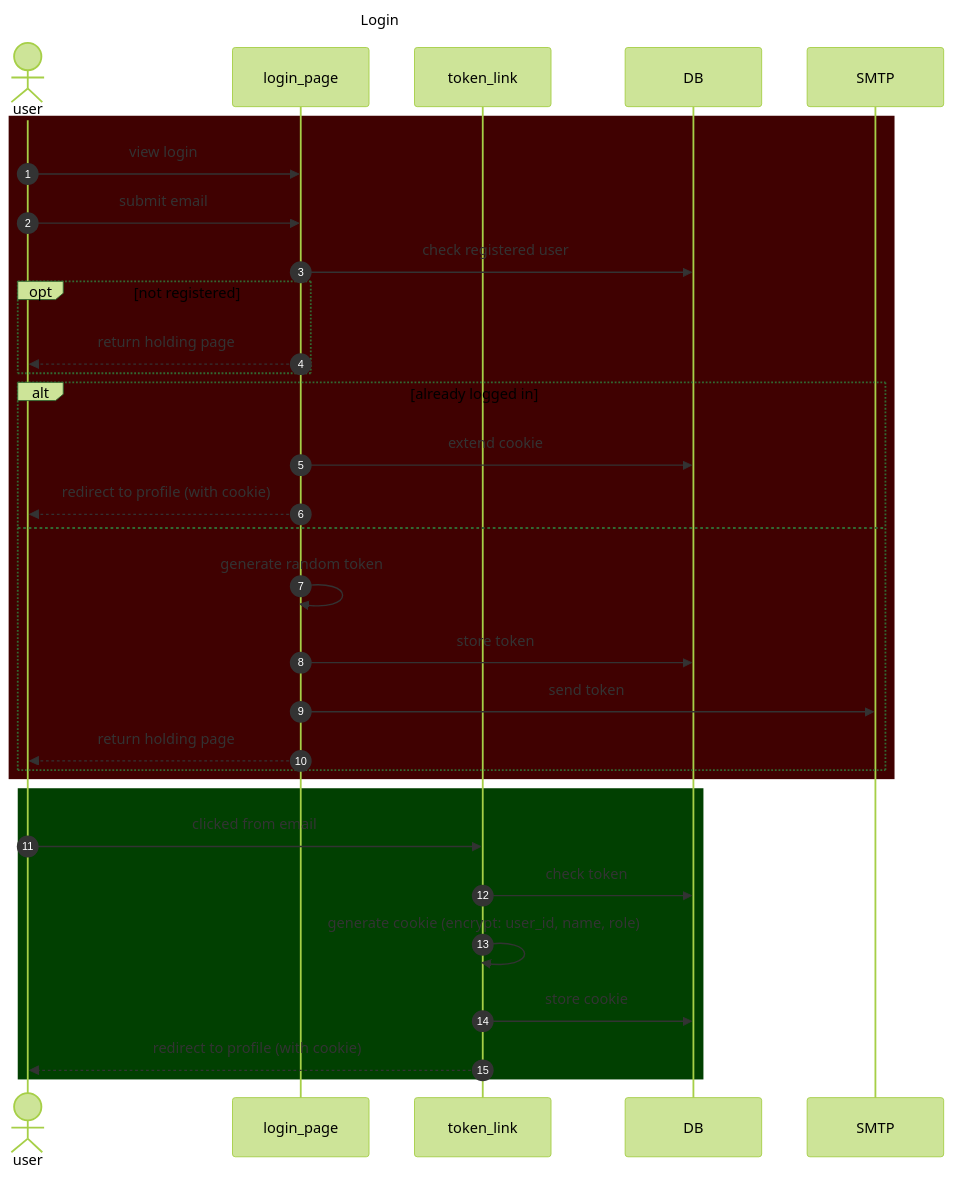
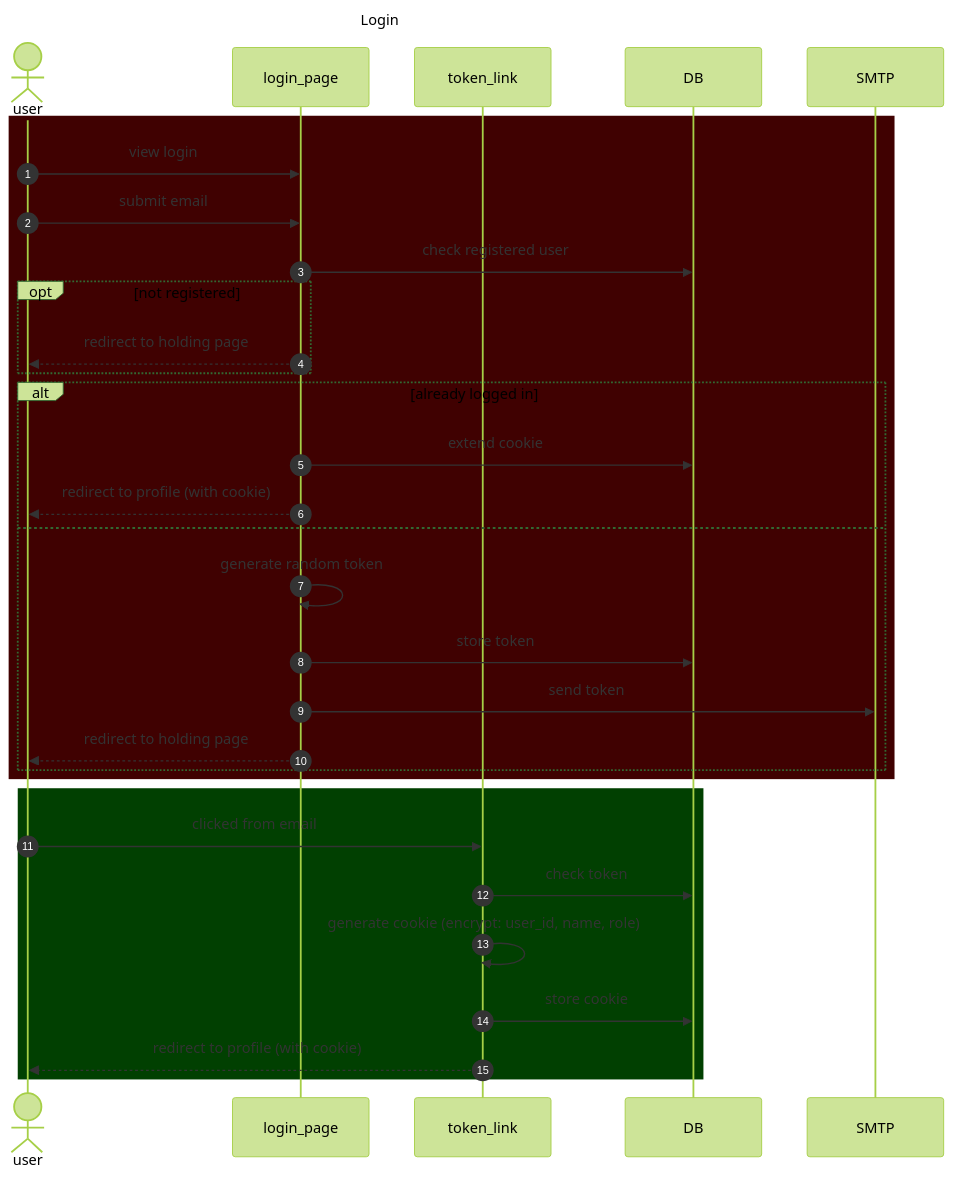
One commit to NearlyUnique/rotavator changed the diagram in docs/logon_page.md. Above: the diagram before and after it, drawn with Mermaid (forest theme). The commit also changed 20 other files, not shown here.

Commit message:
login flow WIP

````diff
--- a/docs/logon_page.md
+++ b/docs/logon_page.md
@@ -26,36 +26,36 @@
 ```mermaid
 ---
 title: Login
 ---
 sequenceDiagram
     actor user
     participant login_page
     participant token_link
     autonumber
 
     rect rgb(64,1,1)
         user->>login_page: view login
         user->>login_page: submit email
         login_page->>DB: check registered user
         opt not registered
-            login_page-->>user: return holding page
+            login_page-->>user: redirect to holding page
         end
         alt already logged in
             login_page->>DB: extend cookie
             login_page-->>user: redirect to profile (with cookie)
         else
             login_page->>login_page: generate random token
             login_page->>DB: store token
             login_page->>SMTP: send token
-            login_page-->>user: return holding page
+            login_page-->>user: redirect to holding page
         end
     end
 
     rect rgb(1, 64,1)
         user->>token_link: clicked from email
         token_link->>DB: check token
         token_link->>token_link: generate cookie (encrypt: user_id, name, role)
         token_link->>DB: store cookie
         token_link-->>user: redirect to profile (with cookie)
     end
 ```
````
